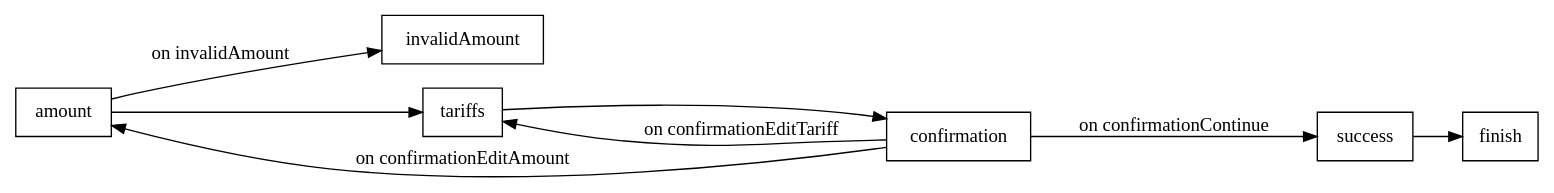
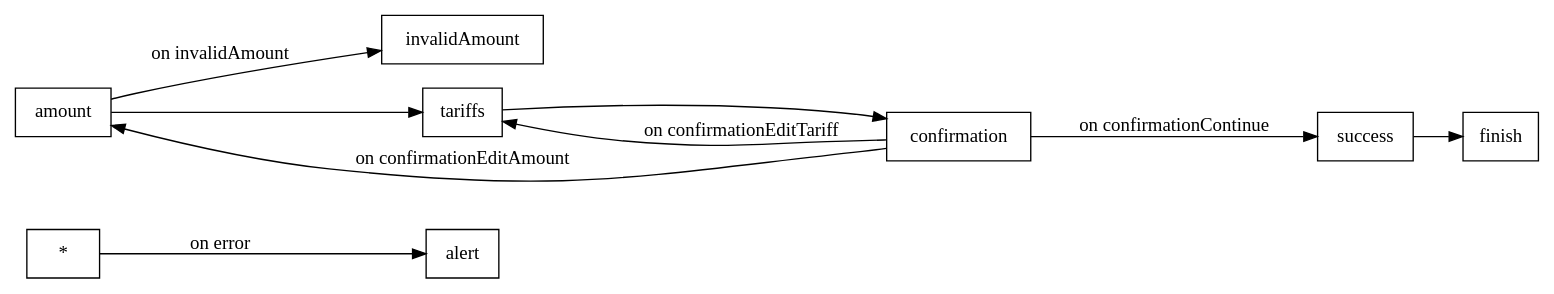
The diagram in README.md (m6vrm/flowkit), drawn with Graphviz before and after one commit. The commit also changed other lines of this file and 16 other files, not shown here.

````diff
--- a/README.md
+++ b/README.md
@@ -232,14 +234,15 @@
 ```dot
 strict digraph {
 	rankdir=LR
 	node [shape=box]
 
+	"*" -> alert [label="on error"]
 	amount -> invalidAmount [label="on invalidAmount"]
 	amount -> tariffs
 	tariffs -> confirmation
 	confirmation -> success [label="on confirmationContinue"]
 	confirmation -> amount [label="on confirmationEditAmount"]
 	confirmation -> tariffs [label="on confirmationEditTariff"]
 	success -> finish
 }
 ```
````
